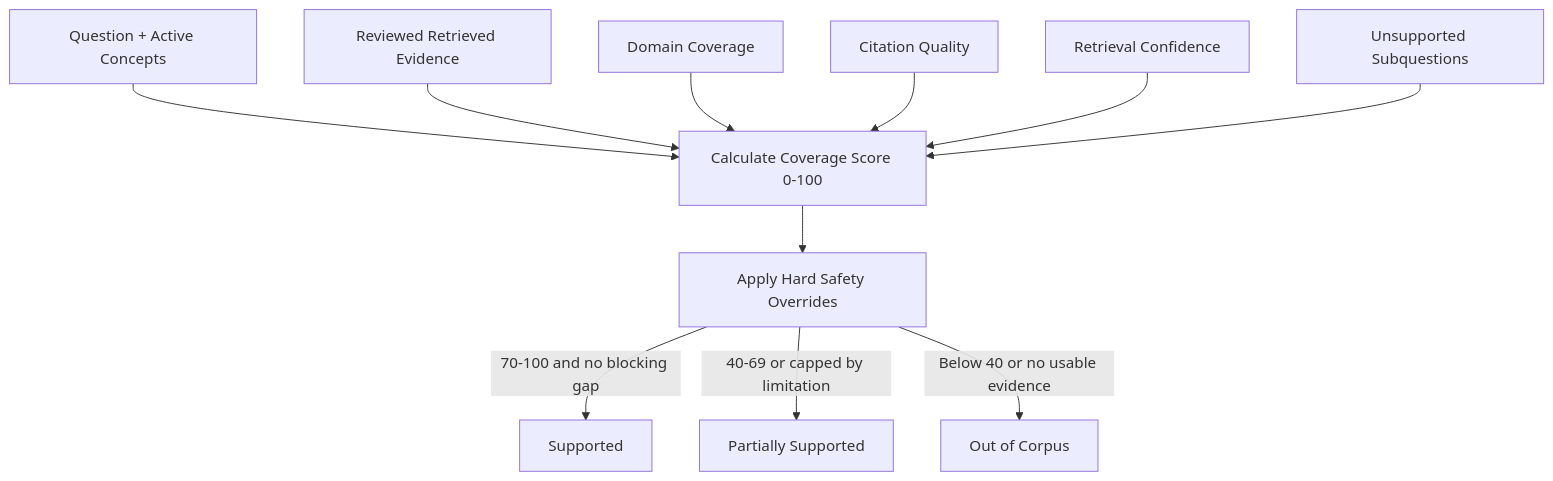
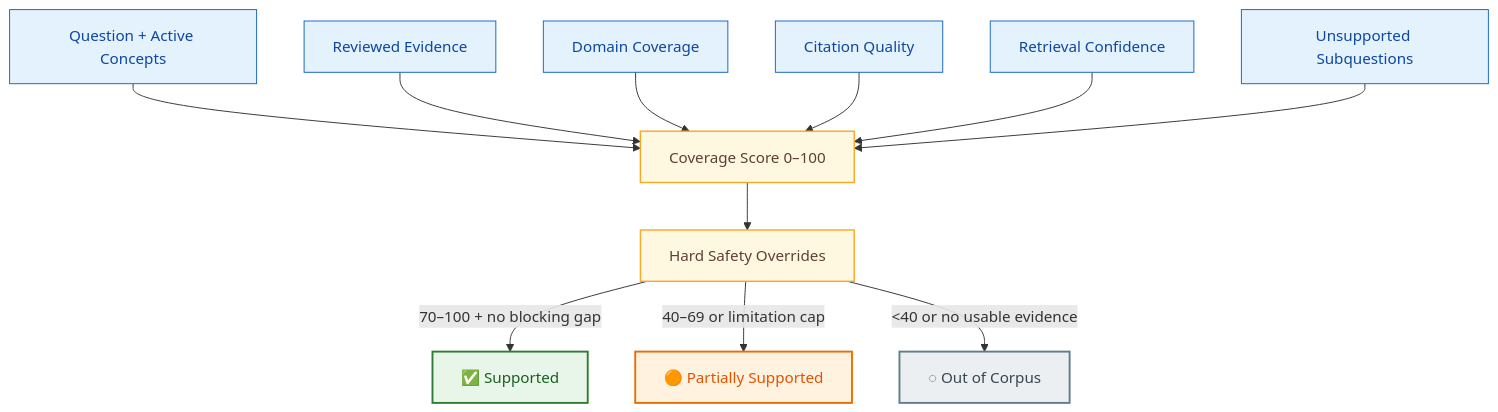
One commit to imAbhinav13/WTH-WhatTheHuman changed the fifth of 8 diagrams in README.md. Above: the diagram before and after it, drawn with Mermaid. The commit also changed other lines of this file, not shown here.

Commit message:
Refresh README with production architecture and frontend

````diff
--- a/README.md
+++ b/README.md
@@ -657,29 +689,40 @@
 ```mermaid
 flowchart TD
-    Q[Question + Active Concepts]
-    E[Reviewed Retrieved Evidence]
-    D[Domain Coverage]
-    C[Citation Quality]
-    R[Retrieval Confidence]
-    U[Unsupported Subquestions]
+    Q["Question + Active Concepts"]
+    E["Reviewed Evidence"]
+    D["Domain Coverage"]
+    C["Citation Quality"]
+    R["Retrieval Confidence"]
+    U["Unsupported Subquestions"]
 
-    SCORE[Calculate Coverage Score 0-100]
-    OVERRIDE[Apply Hard Safety Overrides]
+    SCORE["Coverage Score 0–100"]
+    OVERRIDE["Hard Safety Overrides"]
 
-    SUP[Supported]
-    PART[Partially Supported]
-    OOC[Out of Corpus]
+    SUP["✅ Supported"]
+    PART["🟠 Partially Supported"]
+    OOC["◌ Out of Corpus"]
 
     Q --> SCORE
     E --> SCORE
     D --> SCORE
     C --> SCORE
     R --> SCORE
     U --> SCORE
-
     SCORE --> OVERRIDE
 
-    OVERRIDE -->|70-100 and no blocking gap| SUP
-    OVERRIDE -->|40-69 or capped by limitation| PART
-    OVERRIDE -->|Below 40 or no usable evidence| OOC
+    OVERRIDE -->|"70–100 + no blocking gap"| SUP
+    OVERRIDE -->|"40–69 or limitation cap"| PART
+    OVERRIDE -->|"<40 or no usable evidence"| OOC
+
+    classDef input fill:#E3F2FD,stroke:#1565C0,color:#0D47A1;
+    classDef logic fill:#FFF8E1,stroke:#F9A825,color:#5D4037,stroke-width:1.5px;
+    classDef supported fill:#E8F5E9,stroke:#2E7D32,color:#1B5E20,stroke-width:2px;
+    classDef partial fill:#FFF3E0,stroke:#EF6C00,color:#E65100,stroke-width:2px;
+    classDef ooc fill:#ECEFF1,stroke:#607D8B,color:#37474F,stroke-width:2px;
+
+    class Q,E,D,C,R,U input;
+    class SCORE,OVERRIDE logic;
+    class SUP supported;
+    class PART partial;
+    class OOC ooc;
 ```
````
